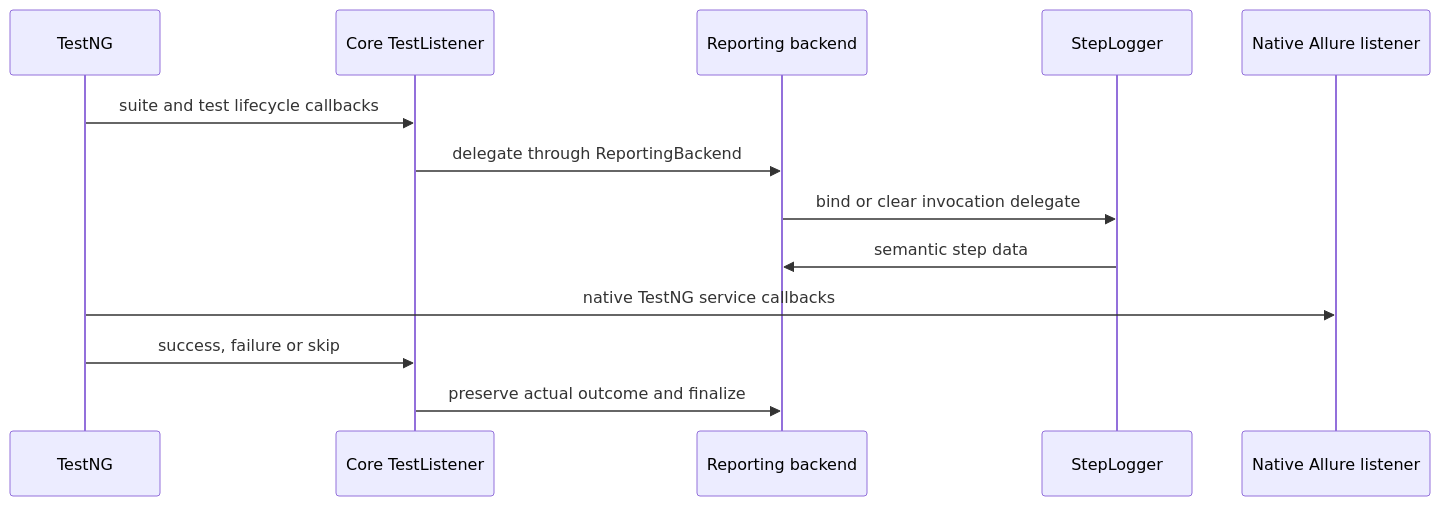
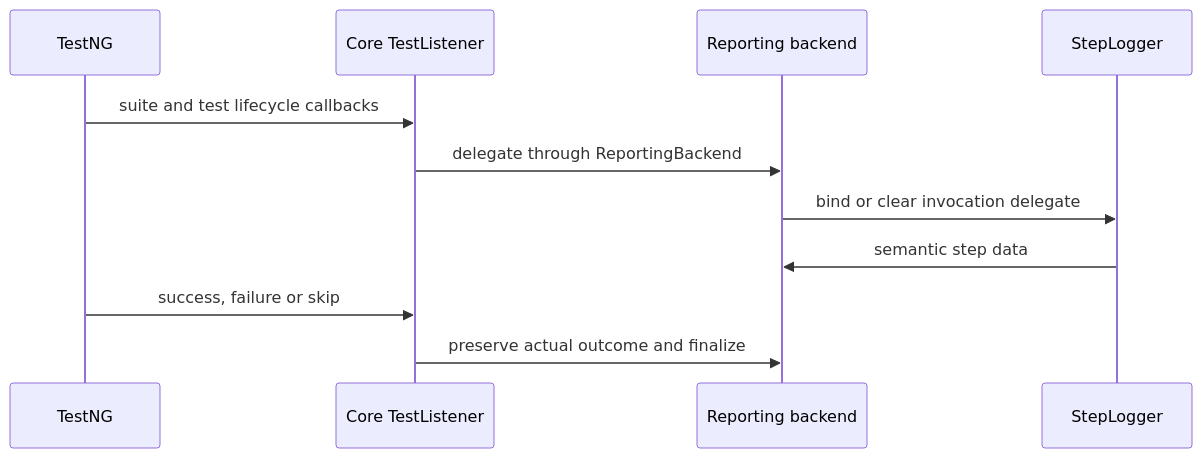
Before and after one commit to crististefanita/ATF_AI: the fourth of 7 diagrams in docs/Living_Architecture_UI_API_doc_v1_0.md, drawn with Mermaid. The commit also changed other lines of this file and 111 other files, not shown here.

````diff
--- a/docs/Living_Architecture_UI_API_doc_v1_0.md
+++ b/docs/Living_Architecture_UI_API_doc_v1_0.md
@@ -421,15 +431,13 @@
 ```mermaid
 sequenceDiagram
     participant TestNG
     participant Facade as Core TestListener
     participant Backend as Reporting backend
     participant Steps as StepLogger
-    participant Allure as Native Allure listener
     TestNG->>Facade: suite and test lifecycle callbacks
     Facade->>Backend: delegate through ReportingBackend
     Backend->>Steps: bind or clear invocation delegate
     Steps->>Backend: semantic step data
-    TestNG->>Allure: native TestNG service callbacks
     TestNG->>Facade: success, failure or skip
     Facade->>Backend: preserve actual outcome and finalize
 ```
````
